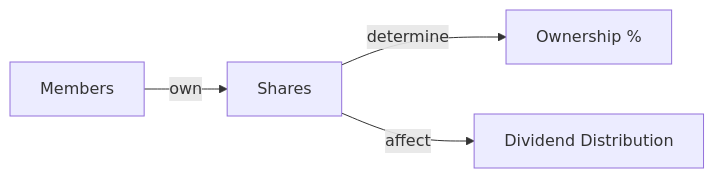
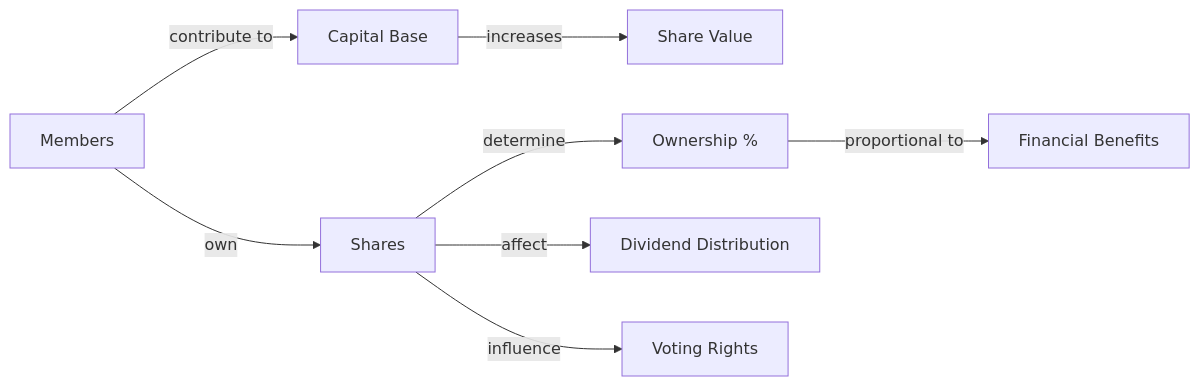
Before and after one commit to Sachin-Bandaranayaka/sahana-new: the second of 13 diagrams in financial-org-app/docs/financial-logic.md, drawn with Mermaid. The commit also changed other lines of this file and 2 other files, not shown here.

Commit message:
Update financial logic documentation with comprehensive system details, enhanced diagrams, and improved calculation examples

````diff
--- a/financial-org-app/docs/financial-logic.md
+++ b/financial-org-app/docs/financial-logic.md
@@ -31,6 +39,10 @@
 ```mermaid
 graph LR
     A[Members] -->|own| B[Shares]
+    A -->|contribute to| Z[Capital Base]
+    Z -->|increases| Y[Share Value]
     B -->|determine| C[Ownership %]
     B -->|affect| D[Dividend Distribution]
+    B -->|influence| E[Voting Rights]
+    C -->|proportional to| F[Financial Benefits]
 ```
````
